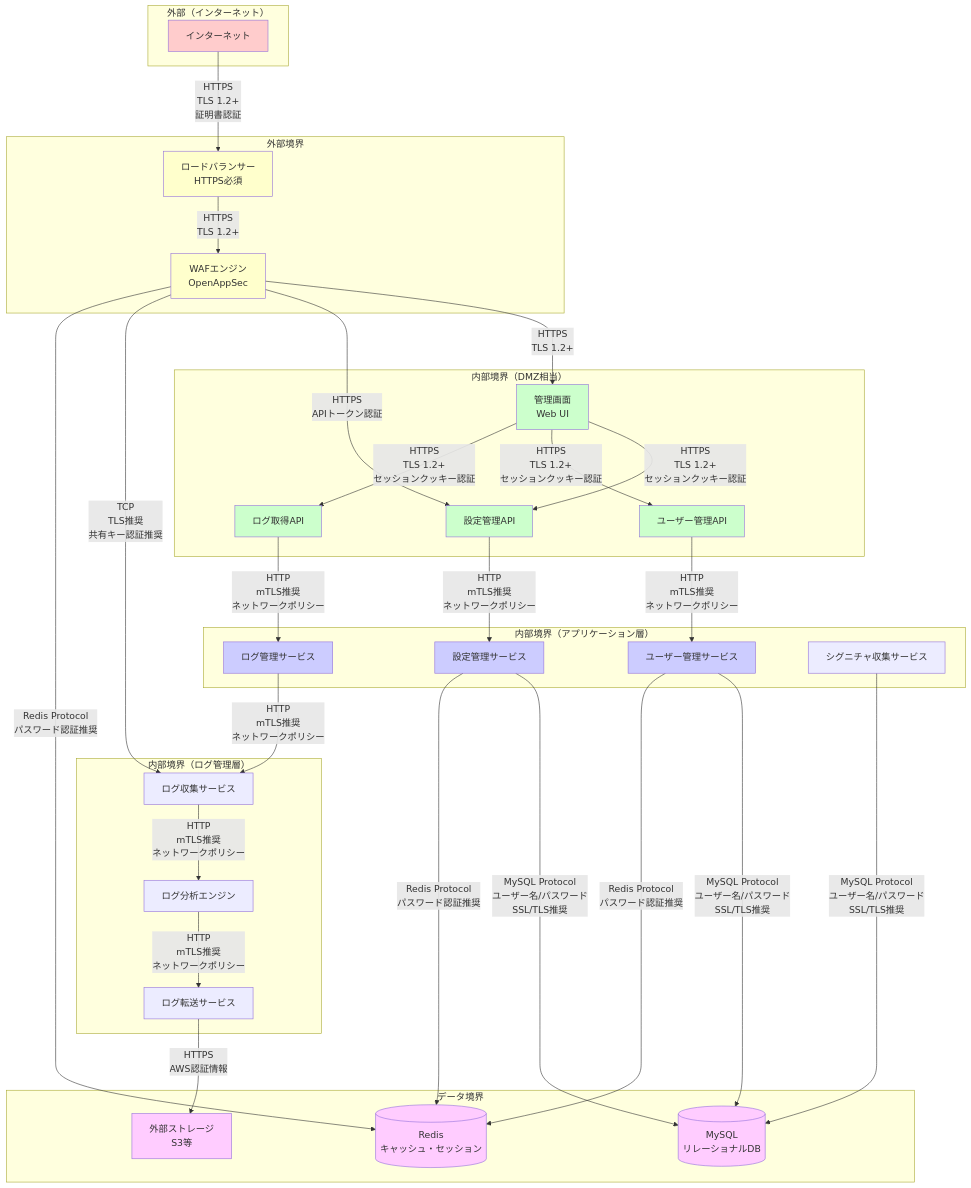
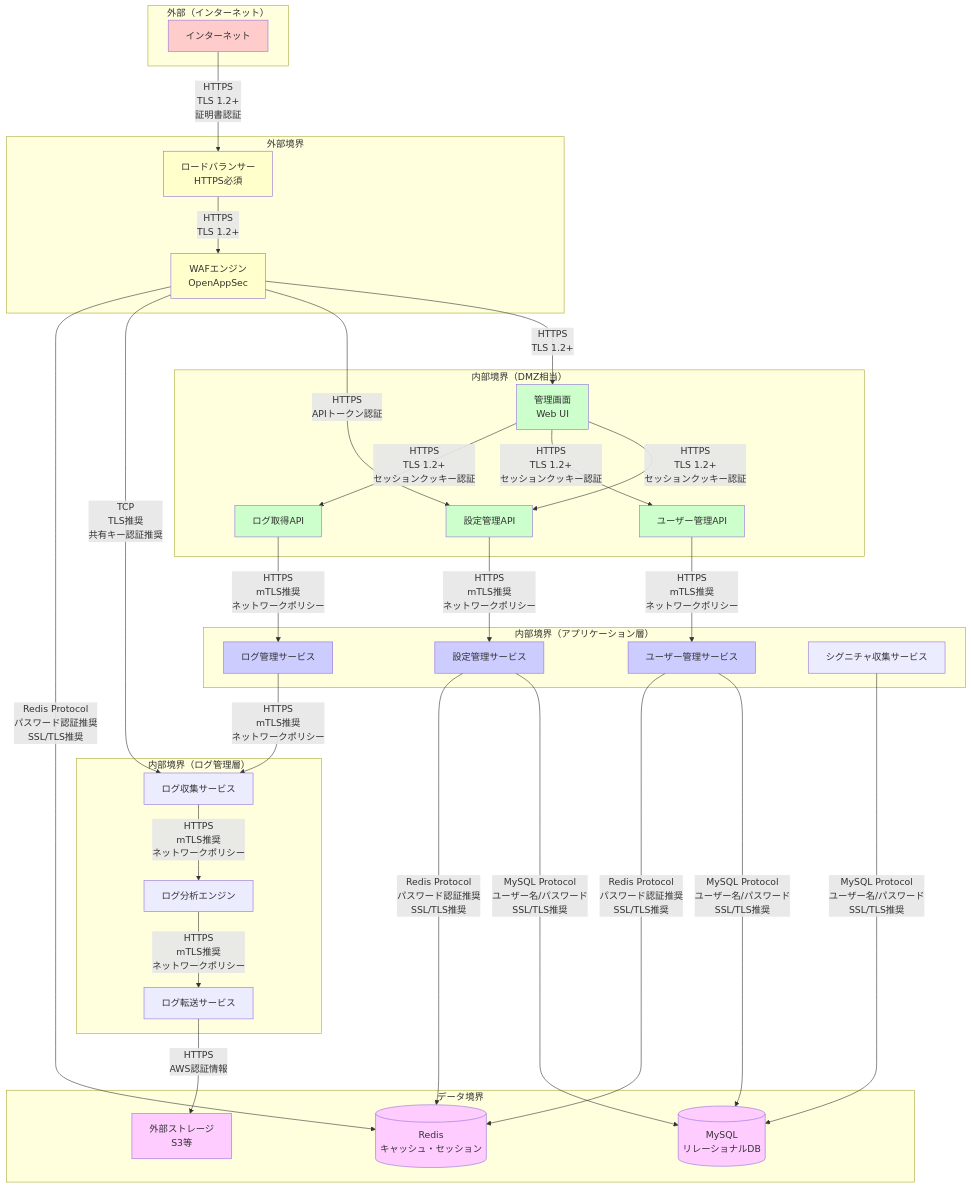
One commit to kencom2400/MrWebDefence-Design changed diagram 14 of 14 in DESIGN.md. Above: the diagram before and after it, drawn with Mermaid. The commit also changed other lines of this file and 1 other file, not shown here.

````diff
--- a/DESIGN.md
+++ b/DESIGN.md
@@ -1028,79 +1028,79 @@
 ```mermaid
 graph TB
     subgraph "外部（インターネット）"
         Internet[インターネット]
     end
 
     subgraph "外部境界"
         LoadBalancer[ロードバランサー<br/>HTTPS必須]
         WAF[WAFエンジン<br/>OpenAppSec]
     end
 
     subgraph "内部境界（DMZ相当）"
         AdminUI[管理画面<br/>Web UI]
         ConfigAPI[設定管理API]
         UserAPI[ユーザー管理API]
         LogAPI[ログ取得API]
     end
 
     subgraph "内部境界（アプリケーション層）"
         ConfigService[設定管理サービス]
         UserService[ユーザー管理サービス]
         LogService[ログ管理サービス]
         SignatureService[シグニチャ収集サービス]
     end
 
     subgraph "内部境界（ログ管理層）"
         LogCollector[ログ収集サービス]
         LogAnalyzer[ログ分析エンジン]
         LogForwarder[ログ転送サービス]
     end
 
     subgraph "データ境界"
         MySQL[(MySQL<br/>リレーショナルDB)]
         Redis[(Redis<br/>キャッシュ・セッション)]
         ExternalStorage[外部ストレージ<br/>S3等]
     end
 
     Internet -->|HTTPS<br/>TLS 1.2+<br/>証明書認証| LoadBalancer
     LoadBalancer -->|HTTPS<br/>TLS 1.2+| WAF
     WAF -->|HTTPS<br/>TLS 1.2+| AdminUI
 
     AdminUI -->|HTTPS<br/>TLS 1.2+<br/>セッションクッキー認証| ConfigAPI
     AdminUI -->|HTTPS<br/>TLS 1.2+<br/>セッションクッキー認証| UserAPI
     AdminUI -->|HTTPS<br/>TLS 1.2+<br/>セッションクッキー認証| LogAPI
 
-    ConfigAPI -->|HTTP<br/>mTLS推奨<br/>ネットワークポリシー| ConfigService
-    UserAPI -->|HTTP<br/>mTLS推奨<br/>ネットワークポリシー| UserService
-    LogAPI -->|HTTP<br/>mTLS推奨<br/>ネットワークポリシー| LogService
+    ConfigAPI -->|HTTPS<br/>mTLS推奨<br/>ネットワークポリシー| ConfigService
+    UserAPI -->|HTTPS<br/>mTLS推奨<br/>ネットワークポリシー| UserService
+    LogAPI -->|HTTPS<br/>mTLS推奨<br/>ネットワークポリシー| LogService
 
     ConfigService -->|MySQL Protocol<br/>ユーザー名/パスワード<br/>SSL/TLS推奨| MySQL
     UserService -->|MySQL Protocol<br/>ユーザー名/パスワード<br/>SSL/TLS推奨| MySQL
     SignatureService -->|MySQL Protocol<br/>ユーザー名/パスワード<br/>SSL/TLS推奨| MySQL
 
-    ConfigService -->|Redis Protocol<br/>パスワード認証推奨| Redis
-    UserService -->|Redis Protocol<br/>パスワード認証推奨| Redis
+    ConfigService -->|Redis Protocol<br/>パスワード認証推奨<br/>SSL/TLS推奨| Redis
+    UserService -->|Redis Protocol<br/>パスワード認証推奨<br/>SSL/TLS推奨| Redis
 
-    LogService -->|HTTP<br/>mTLS推奨<br/>ネットワークポリシー| LogCollector
-    LogCollector -->|HTTP<br/>mTLS推奨<br/>ネットワークポリシー| LogAnalyzer
-    LogAnalyzer -->|HTTP<br/>mTLS推奨<br/>ネットワークポリシー| LogForwarder
+    LogService -->|HTTPS<br/>mTLS推奨<br/>ネットワークポリシー| LogCollector
+    LogCollector -->|HTTPS<br/>mTLS推奨<br/>ネットワークポリシー| LogAnalyzer
+    LogAnalyzer -->|HTTPS<br/>mTLS推奨<br/>ネットワークポリシー| LogForwarder
     LogForwarder -->|HTTPS<br/>AWS認証情報| ExternalStorage
 
     WAF -->|HTTPS<br/>APIトークン認証| ConfigAPI
     WAF -->|TCP<br/>TLS推奨<br/>共有キー認証推奨| LogCollector
-    WAF -->|Redis Protocol<br/>パスワード認証推奨| Redis
+    WAF -->|Redis Protocol<br/>パスワード認証推奨<br/>SSL/TLS推奨| Redis
 
     style Internet fill:#ffcccc
     style LoadBalancer fill:#ffffcc
     style WAF fill:#ffffcc
     style AdminUI fill:#ccffcc
     style ConfigAPI fill:#ccffcc
     style UserAPI fill:#ccffcc
     style LogAPI fill:#ccffcc
     style ConfigService fill:#ccccff
     style UserService fill:#ccccff
     style LogService fill:#ccccff
     style MySQL fill:#ffccff
     style Redis fill:#ffccff
     style ExternalStorage fill:#ffccff
 ```
````
